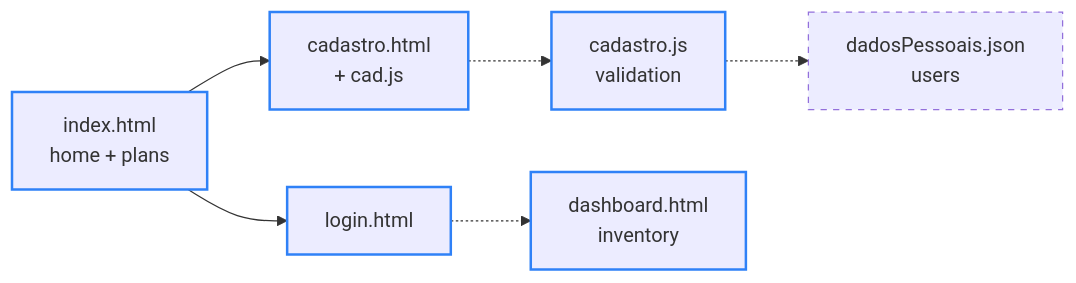
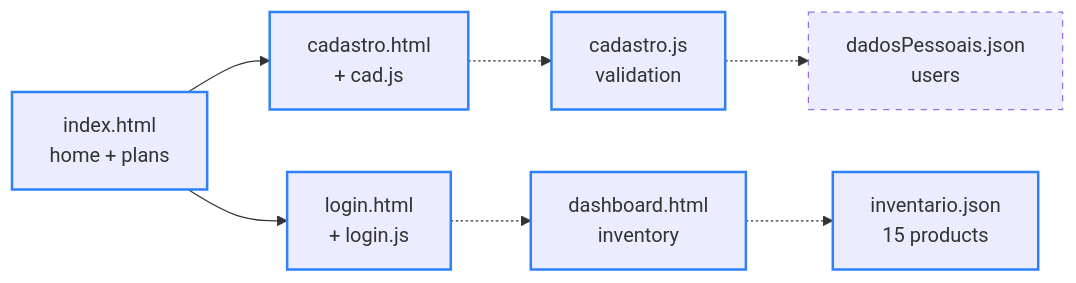
Before and after one commit to briandevbr/OrganizeMe: the second of 2 diagrams in README.en.md, drawn with Mermaid. The commit also changed other lines of this file and 1 other file, not shown here.

````diff
--- a/README.en.md
+++ b/README.en.md
@@ -118,12 +192,13 @@
 ```mermaid
 flowchart LR
   A["index.html<br/>home + plans"] --> B["cadastro.html<br/>+ cad.js"]
-  A --> C["login.html"]
+  A --> C["login.html<br/>+ login.js"]
   B -.-> D["cadastro.js<br/>validation"]
   D -.-> E["dadosPessoais.json<br/>users"]
   C -.-> F["dashboard.html<br/>inventory"]
+  F -.-> G["inventario.json<br/>15 products"]
   classDef done stroke:#2f81f7,stroke-width:2px
   classDef todo stroke-dasharray:5 5
-  class A,B,C,D,F done
+  class A,B,C,D,F,G done
   class E todo
 ```
````
